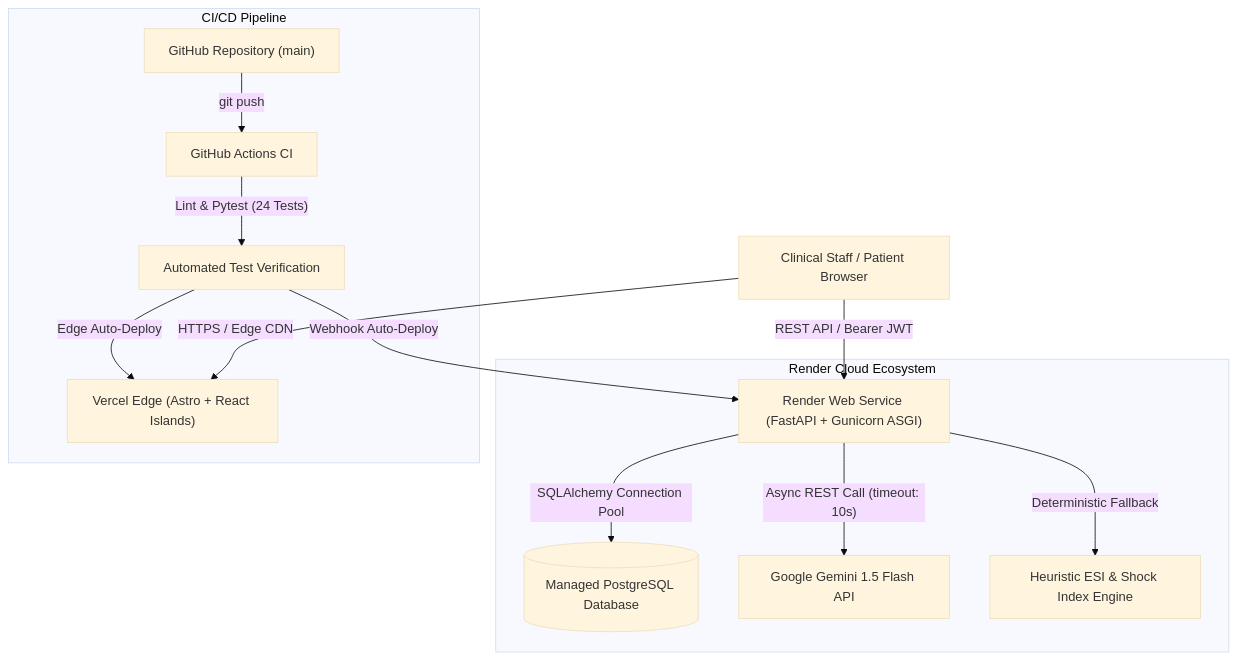
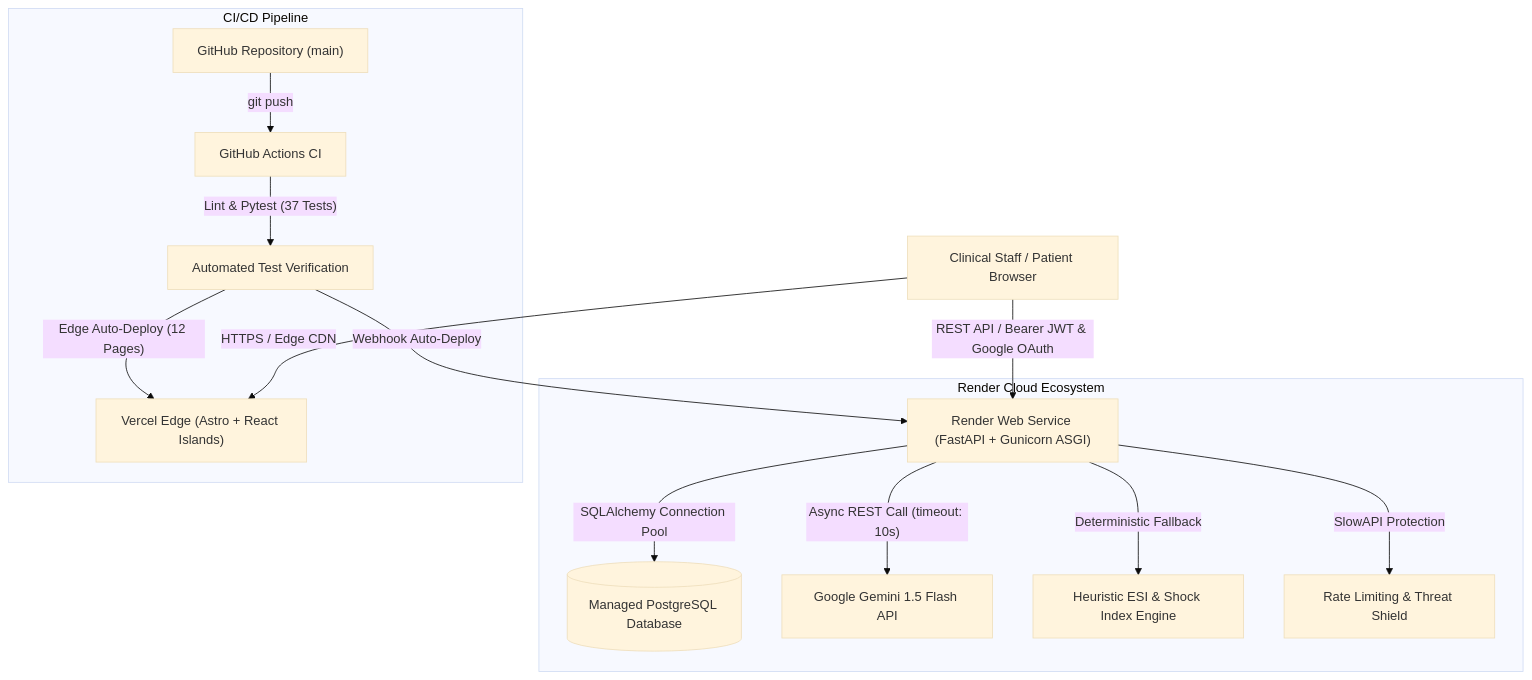
Before and after one commit to AkshayByte/swasthatrack: the first of 2 diagrams in README.md, drawn with Mermaid (base theme). The commit also changed other lines of this file, not shown here.

Commit message:
docs: update README with security hardening, dual clinical routers, rate limiting, and updated architecture

````diff
--- a/README.md
+++ b/README.md
@@ -36,18 +38,19 @@
 ```mermaid
 graph TD
     User["Clinical Staff / Patient Browser"] -->|"HTTPS / Edge CDN"| Vercel["Vercel Edge (Astro + React Islands)"]
-    User -->|"REST API / Bearer JWT"| Render["Render Web Service (FastAPI + Gunicorn ASGI)"]
+    User -->|"REST API / Bearer JWT & Google OAuth"| Render["Render Web Service (FastAPI + Gunicorn ASGI)"]
     
     subgraph "Render Cloud Ecosystem"
         Render -->|"SQLAlchemy Connection Pool"| Postgres[("Managed PostgreSQL Database")]
         Render -->|"Async REST Call (timeout: 10s)"| Gemini["Google Gemini 1.5 Flash API"]
         Render -->|"Deterministic Fallback"| ESI["Heuristic ESI & Shock Index Engine"]
+        Render -->|"SlowAPI Protection"| RateLimit["Rate Limiting & Threat Shield"]
     end
 
     subgraph "CI/CD Pipeline"
         GitHub["GitHub Repository (main)"] -->|"git push"| GHA["GitHub Actions CI"]
-        GHA -->|"Lint & Pytest (24 Tests)"| TestPass["Automated Test Verification"]
+        GHA -->|"Lint & Pytest (37 Tests)"| TestPass["Automated Test Verification"]
         TestPass -->|"Webhook Auto-Deploy"| Render
-        TestPass -->|"Edge Auto-Deploy"| Vercel
+        TestPass -->|"Edge Auto-Deploy (12 Pages)"| Vercel
     end
 ```
````
